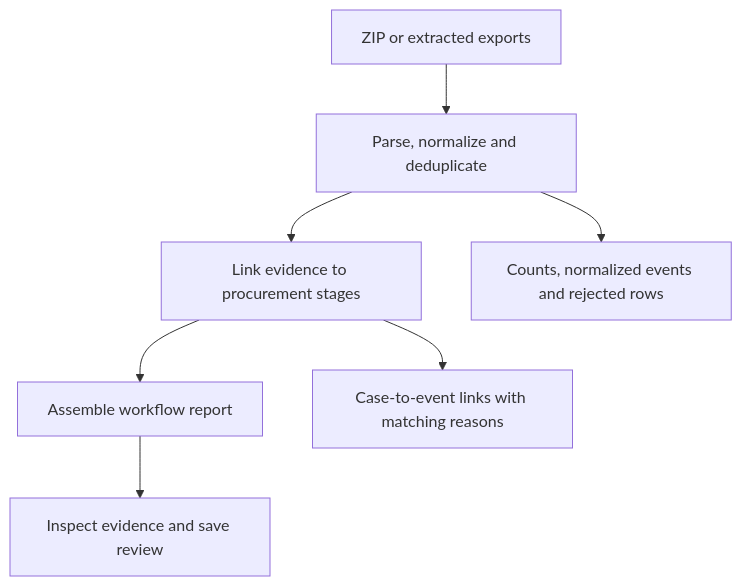
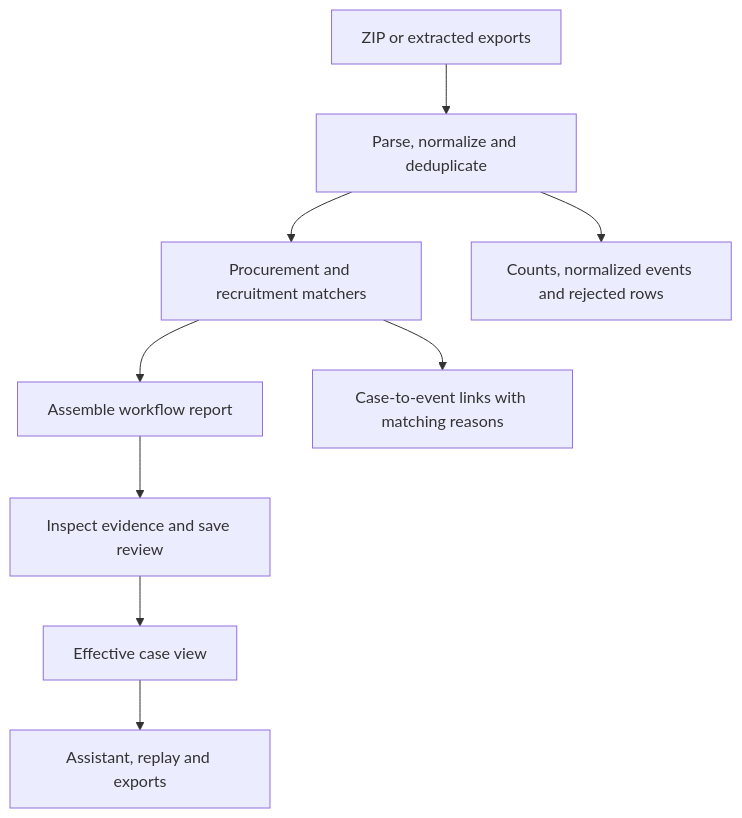
The diagram in docs/architecture.md (ThimuthN/MissionKontrol), drawn with Mermaid before and after one commit. The commit also changed other lines of this file and 29 other files, not shown here.

Commit message:
Reconstruct recruitment cases and build an interactive evidence casebook

````diff
--- a/docs/architecture.md
+++ b/docs/architecture.md
@@ -5,9 +5,11 @@
 ```mermaid
 flowchart TD
     A["ZIP or extracted exports"] --> B["Parse, normalize and deduplicate"]
-    B --> C["Link evidence to procurement stages"]
+    B --> C["Procurement and recruitment matchers"]
     C --> D["Assemble workflow report"]
     D --> E["Inspect evidence and save review"]
+    E --> H["Effective case view"]
+    H --> I["Assistant, replay and exports"]
     B --> F["Counts, normalized events and rejected rows"]
     C --> G["Case-to-event links with matching reasons"]
 ```
````
